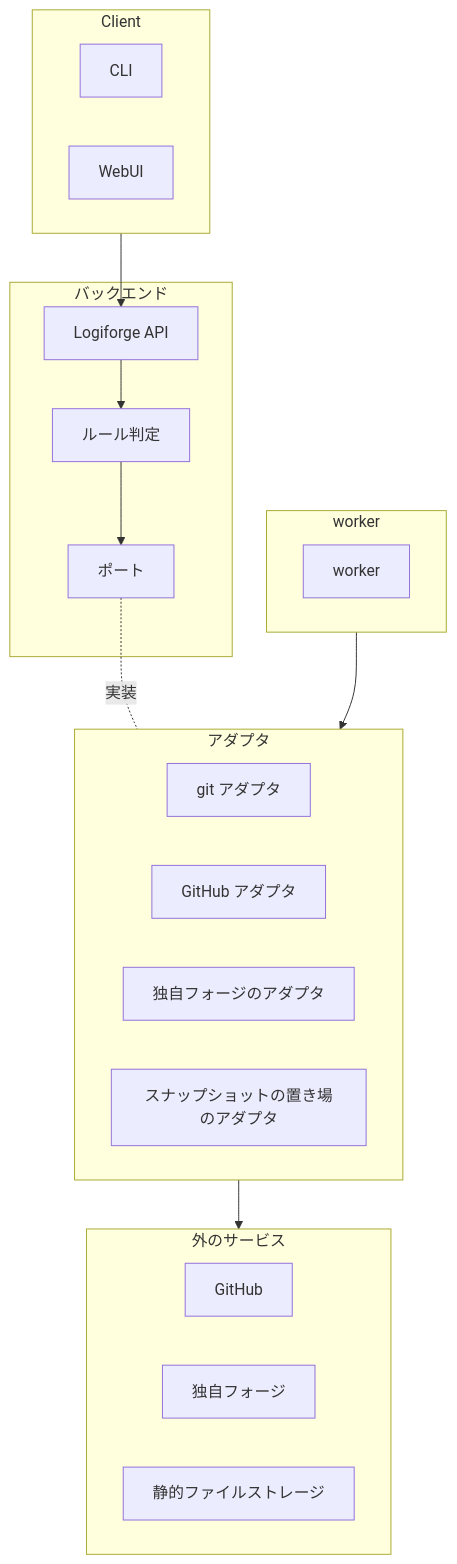
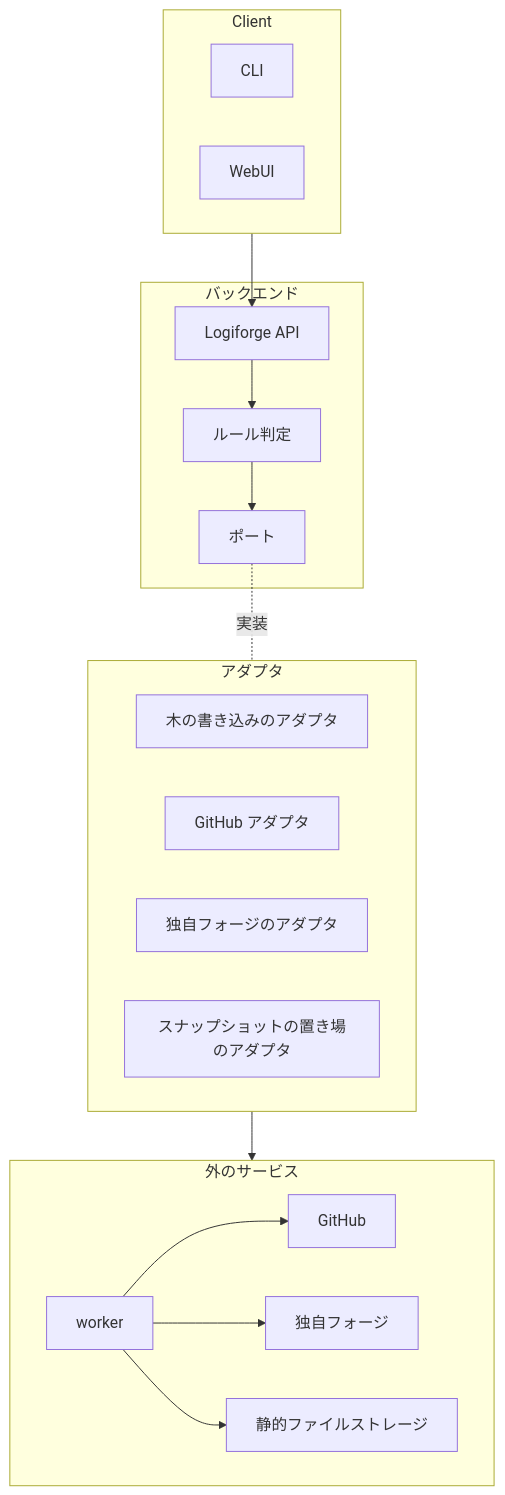
One commit to yamambainc/logiforge changed the diagram in design/architecture.md. Above: the diagram before and after it, drawn with Mermaid. The commit also changed other lines of this file and 20 other files, not shown here.

First line of the commit message:
design: git に触れるのを worker だけにし、004c33d のレビューの指摘を直した

````diff
--- a/design/architecture.md
+++ b/design/architecture.md
@@ -8,32 +8,32 @@
 ```mermaid
 flowchart TB
   subgraph CL["Client"]
     CLI["CLI"]
     WEB["WebUI"]
   end
   subgraph BE["バックエンド"]
     API["Logiforge API"]
     RULE["ルール判定"]
     PT["ポート"]
   end
-  subgraph WK["worker"]
-    W["worker"]
-  end
   subgraph AD["アダプタ"]
-    GA["git アダプタ"]
+    GA["木の書き込みのアダプタ"]
     GHA["GitHub アダプタ"]
     NFA["独自フォージのアダプタ"]
     SSA["スナップショットの置き場のアダプタ"]
   end
   subgraph EX["外のサービス"]
+    W["worker"]
     GH["GitHub"]
     NF["独自フォージ"]
     OBJ["静的ファイルストレージ"]
   end
   CL --> API
   API --> RULE
   RULE --> PT
   PT -.-|実装| AD
-  WK --> AD
   AD --> EX
+  W --> GH
+  W --> NF
+  W --> OBJ
 ```
````
